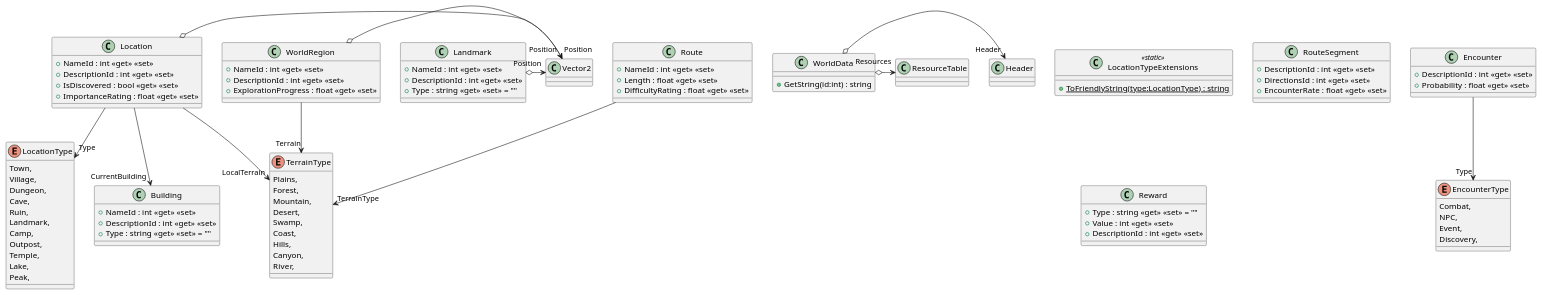
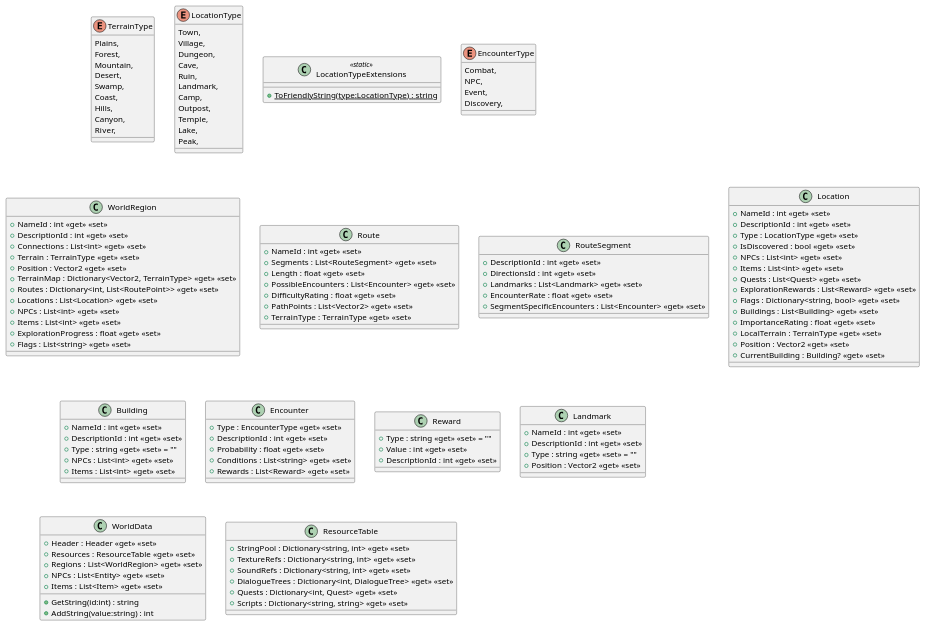
The diagram in RPG/puml_export/src/World/Data/WorldData.puml (Beans69584/rpg), drawn with PlantUML before and after one commit. The commit also changed 107 other files, not shown here.

```diff
--- a/RPG/puml_export/src/World/Data/WorldData.puml
+++ b/RPG/puml_export/src/World/Data/WorldData.puml
@@ -1,122 +1,123 @@
 @startuml
 enum TerrainType {
     Plains,
     Forest,
     Mountain,
     Desert,
     Swamp,
     Coast,
     Hills,
     Canyon,
     River,
 }
 enum LocationType {
     Town,
     Village,
     Dungeon,
     Cave,
     Ruin,
     Landmark,
     Camp,
     Outpost,
     Temple,
     Lake,
     Peak,
 }
 class LocationTypeExtensions <<static>> {
     + {static} ToFriendlyString(type:LocationType) : string
 }
 enum EncounterType {
     Combat,
     NPC,
     Event,
     Discovery,
 }
 class WorldRegion {
     + NameId : int <<get>> <<set>>
     + DescriptionId : int <<get>> <<set>>
+    + Connections : List<int> <<get>> <<set>>
+    + Terrain : TerrainType <<get>> <<set>>
+    + Position : Vector2 <<get>> <<set>>
+    + TerrainMap : Dictionary<Vector2, TerrainType> <<get>> <<set>>
+    + Routes : Dictionary<int, List<RoutePoint>> <<get>> <<set>>
+    + Locations : List<Location> <<get>> <<set>>
+    + NPCs : List<int> <<get>> <<set>>
+    + Items : List<int> <<get>> <<set>>
     + ExplorationProgress : float <<get>> <<set>>
+    + Flags : List<string> <<get>> <<set>>
 }
 class Route {
     + NameId : int <<get>> <<set>>
+    + Segments : List<RouteSegment> <<get>> <<set>>
     + Length : float <<get>> <<set>>
+    + PossibleEncounters : List<Encounter> <<get>> <<set>>
     + DifficultyRating : float <<get>> <<set>>
+    + PathPoints : List<Vector2> <<get>> <<set>>
+    + TerrainType : TerrainType <<get>> <<set>>
 }
 class RouteSegment {
     + DescriptionId : int <<get>> <<set>>
     + DirectionsId : int <<get>> <<set>>
+    + Landmarks : List<Landmark> <<get>> <<set>>
     + EncounterRate : float <<get>> <<set>>
+    + SegmentSpecificEncounters : List<Encounter> <<get>> <<set>>
 }
 class Location {
     + NameId : int <<get>> <<set>>
     + DescriptionId : int <<get>> <<set>>
+    + Type : LocationType <<get>> <<set>>
     + IsDiscovered : bool <<get>> <<set>>
+    + NPCs : List<int> <<get>> <<set>>
+    + Items : List<int> <<get>> <<set>>
+    + Quests : List<Quest> <<get>> <<set>>
+    + ExplorationRewards : List<Reward> <<get>> <<set>>
+    + Flags : Dictionary<string, bool> <<get>> <<set>>
+    + Buildings : List<Building> <<get>> <<set>>
     + ImportanceRating : float <<get>> <<set>>
+    + LocalTerrain : TerrainType <<get>> <<set>>
+    + Position : Vector2 <<get>> <<set>>
+    + CurrentBuilding : Building? <<get>> <<set>>
 }
 class Building {
     + NameId : int <<get>> <<set>>
     + DescriptionId : int <<get>> <<set>>
     + Type : string <<get>> <<set>> = ""
+    + NPCs : List<int> <<get>> <<set>>
+    + Items : List<int> <<get>> <<set>>
 }
 class Encounter {
+    + Type : EncounterType <<get>> <<set>>
     + DescriptionId : int <<get>> <<set>>
     + Probability : float <<get>> <<set>>
+    + Conditions : List<string> <<get>> <<set>>
+    + Rewards : List<Reward> <<get>> <<set>>
 }
 class Reward {
     + Type : string <<get>> <<set>> = ""
     + Value : int <<get>> <<set>>
     + DescriptionId : int <<get>> <<set>>
 }
 class Landmark {
     + NameId : int <<get>> <<set>>
     + DescriptionId : int <<get>> <<set>>
     + Type : string <<get>> <<set>> = ""
+    + Position : Vector2 <<get>> <<set>>
 }
 class WorldData {
+    + Header : Header <<get>> <<set>>
+    + Resources : ResourceTable <<get>> <<set>>
+    + Regions : List<WorldRegion> <<get>> <<set>>
+    + NPCs : List<Entity> <<get>> <<set>>
+    + Items : List<Item> <<get>> <<set>>
     + GetString(id:int) : string
+    + AddString(value:string) : int
 }
 class ResourceTable {
+    + StringPool : Dictionary<string, int> <<get>> <<set>>
+    + TextureRefs : Dictionary<string, int> <<get>> <<set>>
+    + SoundRefs : Dictionary<string, int> <<get>> <<set>>
+    + DialogueTrees : Dictionary<int, DialogueTree> <<get>> <<set>>
+    + Quests : Dictionary<int, Quest> <<get>> <<set>>
+    + Scripts : Dictionary<string, string> <<get>> <<set>>
 }
-
-
-WorldRegion --> "Terrain" TerrainType
-WorldRegion o-> "Position" Vector2
-
-
-
-
-
-
-
-
-Route --> "TerrainType" TerrainType
-
-
-Location --> "Type" LocationType
-
-
-
-
-
-
-Location --> "LocalTerrain" TerrainType
-Location o-> "Position" Vector2
-Location --> "CurrentBuilding" Building
-
-
-Encounter --> "Type" EncounterType
-
-
-Landmark o-> "Position" Vector2
-WorldData o-> "Header" Header
-WorldData o-> "Resources" ResourceTable
-
-
-
-
-
-
-
-
-
 @enduml
```
